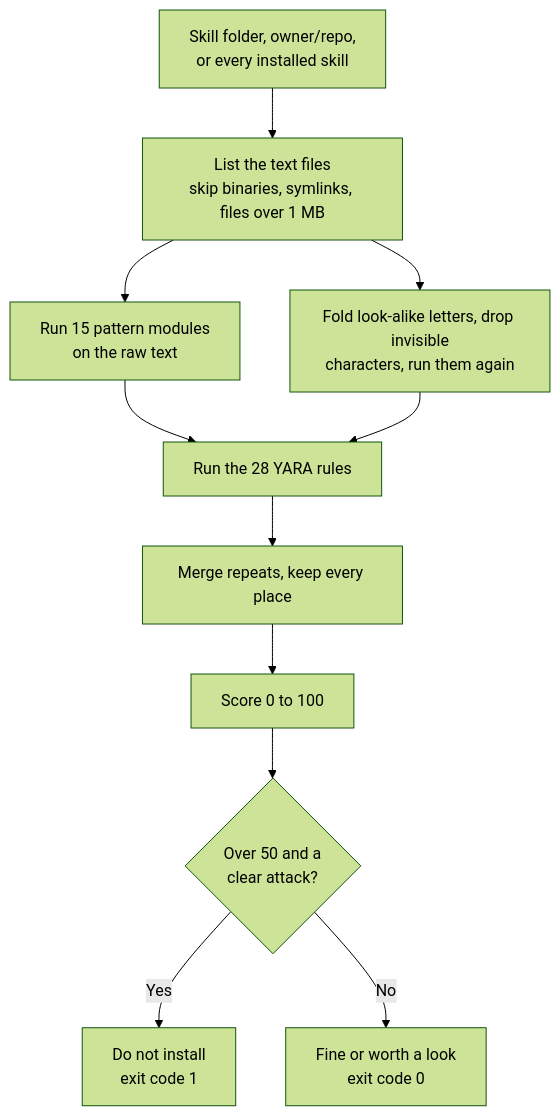
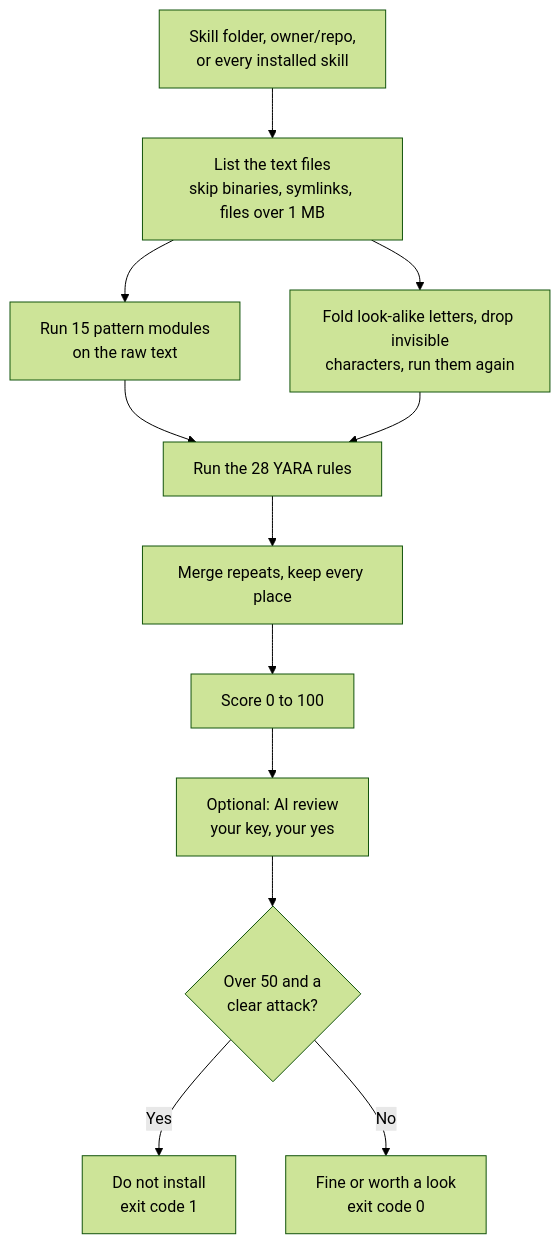
One commit to PRODHOSH/forkguard changed the fifth of 7 diagrams in docs/how-it-works.md. Above: the diagram before and after it, drawn with Mermaid (forest theme). The commit also changed other lines of this file and 59 other files, not shown here.

Commit message:
Add an optional AI review with your own API key, check all 79 agents' skill folders, bump to 0.8.0

````diff
--- a/docs/how-it-works.md
+++ b/docs/how-it-works.md
@@ -150,13 +150,14 @@
 ```mermaid
 flowchart TD
     A["Skill folder, owner/repo,<br/>or every installed skill"] --> B["List the text files<br/>skip binaries, symlinks, files over 1 MB"]
     B --> C["Run 15 pattern modules<br/>on the raw text"]
     B --> D["Fold look-alike letters, drop invisible<br/>characters, run them again"]
     C --> E["Run the 28 YARA rules"]
     D --> E
     E --> F["Merge repeats, keep every place"]
     F --> G["Score 0 to 100"]
-    G --> H{"Over 50 and a<br/>clear attack?"}
+    G --> AI["Optional: AI review<br/>your key, your yes"]
+    AI --> H{"Over 50 and a<br/>clear attack?"}
     H -- "Yes" --> I["Do not install<br/>exit code 1"]
     H -- "No" --> J["Fine or worth a look<br/>exit code 0"]
 ```
````
